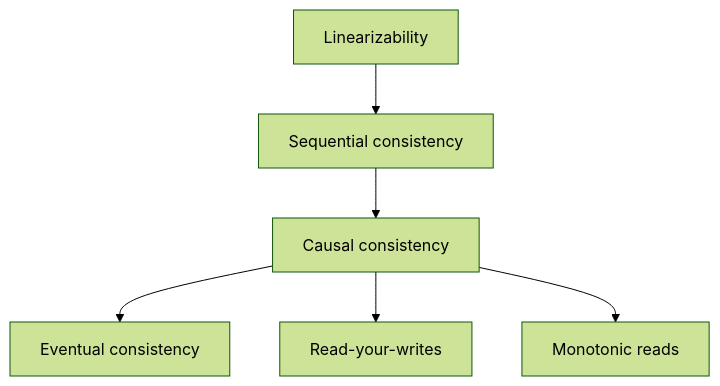
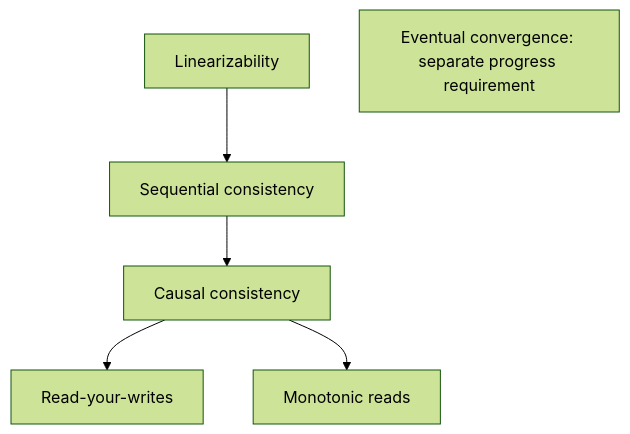
One commit to swarnsingh/android-staff-engineer-playbook-website changed the first of 3 diagrams in distributed-systems/consistency-models.md. Above: the diagram before and after it, drawn with Mermaid (forest theme). The commit also changed other lines of this file and 70 other files, not shown here.

````diff
--- a/distributed-systems/consistency-models.md
+++ b/distributed-systems/consistency-models.md
@@ -82,8 +82,8 @@
 ```mermaid
 flowchart TD
     linear["Linearizability"] --> sequential["Sequential consistency"]
     sequential --> causal["Causal consistency"]
-    causal --> eventual["Eventual consistency"]
+    eventual["Eventual convergence: separate progress requirement"]
     causal --> ryw["Read-your-writes"]
     causal --> monotonic["Monotonic reads"]
 ```
````
